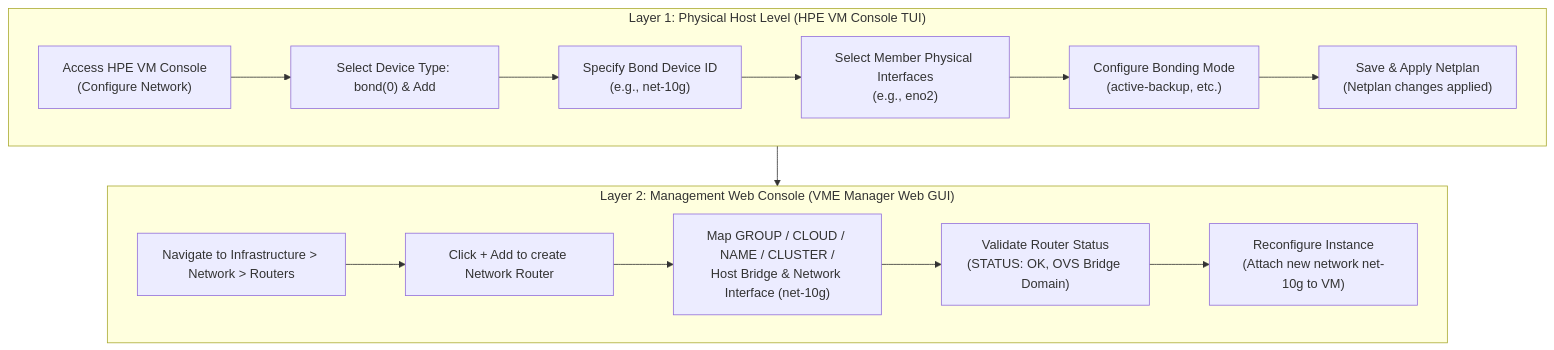
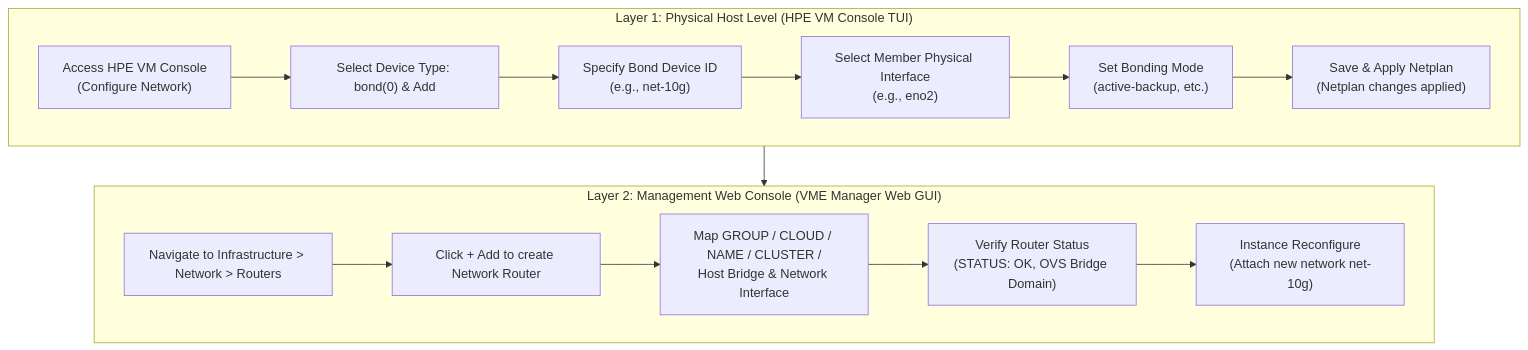
One commit to CheolKyunYU/cknotes changed the diagram in content/posts/simplivity-vme-network-add-bonding-guide/index.en.md. Above: the diagram before and after it, drawn with Mermaid. The commit also changed other lines of this file and 5 other files, not shown here.

````diff
--- a/content/posts/simplivity-vme-network-add-bonding-guide/index.en.md
+++ b/content/posts/simplivity-vme-network-add-bonding-guide/index.en.md
@@ -33,19 +29,19 @@
 ```mermaid
 flowchart TD
     subgraph HostLevel["Layer 1: Physical Host Level (HPE VM Console TUI)"]
         A1["Access HPE VM Console<br/>(Configure Network)"] --> A2["Select Device Type: bond(0) & Add"]
         A2 --> A3["Specify Bond Device ID<br/>(e.g., net-10g)"]
-        A3 --> A4["Select Member Physical Interfaces<br/>(e.g., eno2)"]
-        A4 --> A5["Configure Bonding Mode<br/>(active-backup, etc.)"]
+        A3 --> A4["Select Member Physical Interface<br/>(e.g., eno2)"]
+        A4 --> A5["Set Bonding Mode<br/>(active-backup, etc.)"]
         A5 --> A6["Save & Apply Netplan<br/>(Netplan changes applied)"]
     end
 
     subgraph VMELevel["Layer 2: Management Web Console (VME Manager Web GUI)"]
         B1["Navigate to Infrastructure > Network > Routers"] --> B2["Click + Add to create Network Router"]
-        B2 --> B3["Map GROUP / CLOUD / NAME / CLUSTER /<br/>Host Bridge & Network Interface (net-10g)"]
-        B3 --> B4["Validate Router Status<br/>(STATUS: OK, OVS Bridge Domain)"]
-        B4 --> B5["Reconfigure Instance<br/>(Attach new network net-10g to VM)"]
+        B2 --> B3["Map GROUP / CLOUD / NAME / CLUSTER /<br/>Host Bridge & Network Interface"]
+        B3 --> B4["Verify Router Status<br/>(STATUS: OK, OVS Bridge Domain)"]
+        B4 --> B5["Instance Reconfigure<br/>(Attach new network net-10g)"]
     end
 
     HostLevel --> VMELevel
 ```
````
